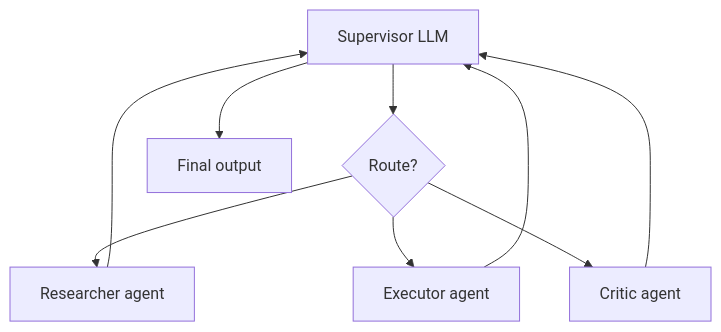
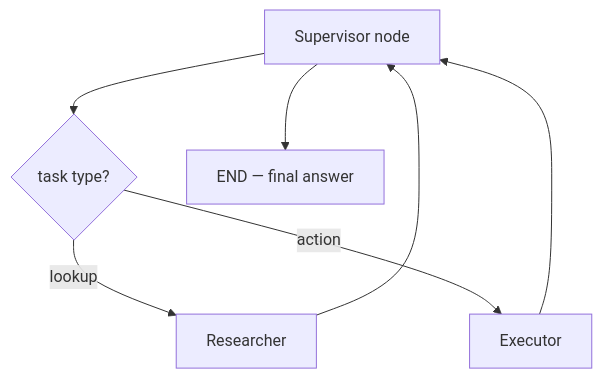
One commit to codevoks/Learning changed the first of 2 diagrams in AI/AI Development/modules/09-multi-agent-hitl/MODULE.md. Above: the diagram before and after it, drawn with Mermaid. The commit also changed other lines of this file and 32 other files, not shown here.

````diff
--- a/AI/AI Development/modules/09-multi-agent-hitl/MODULE.md
+++ b/AI/AI Development/modules/09-multi-agent-hitl/MODULE.md
@@ -78,11 +142,9 @@
 ```mermaid
 flowchart TB
-    Sup["Supervisor LLM"] --> R{"Route?"}
-    R --> Res["Researcher agent"]
-    R --> Ex["Executor agent"]
-    R --> Cr["Critic agent"]
+    Sup["Supervisor node"] --> R{"task type?"}
+    R -->|lookup| Res["Researcher"]
+    R -->|action| Ex["Executor"]
     Res --> Sup
     Ex --> Sup
-    Cr --> Sup
-    Sup --> Out["Final output"]
+    Sup --> Done["END — final answer"]
 ```
````
